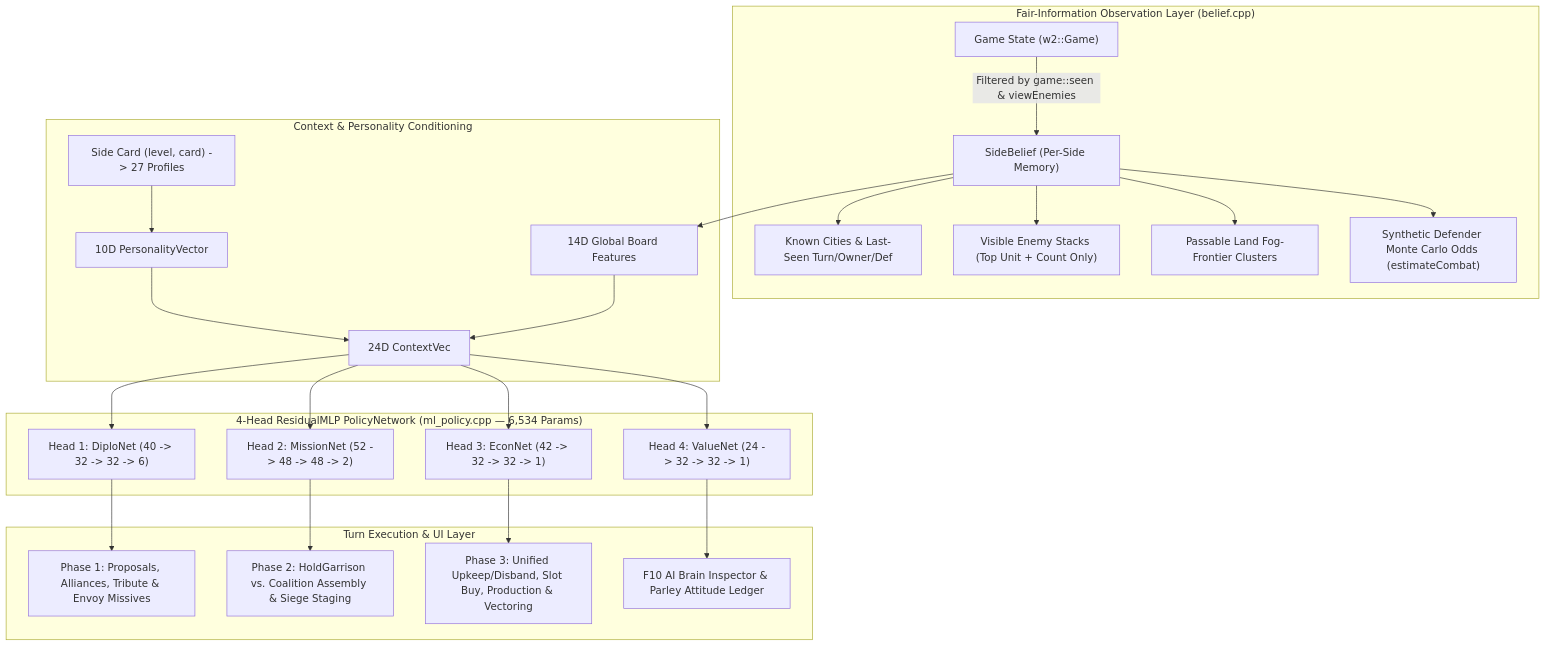
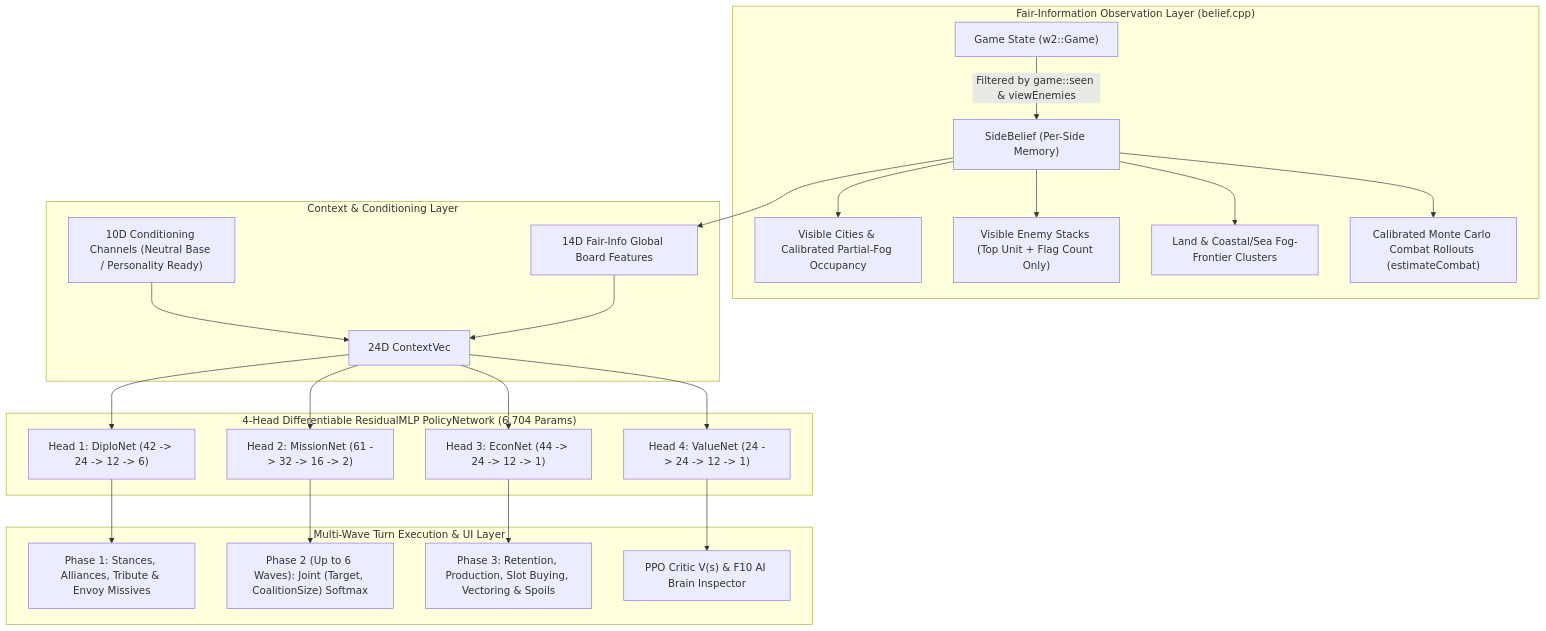
One commit to pokowaka/warlords2-remake changed the diagram in AI-DESIGN.md. Above: the diagram before and after it, drawn with Mermaid. The commit also changed other lines of this file and 21 other files, not shown here.

````diff
--- a/AI-DESIGN.md
+++ b/AI-DESIGN.md
@@ -26,31 +26,30 @@
 ```mermaid
 flowchart TD
     subgraph GameState["Fair-Information Observation Layer (belief.cpp)"]
         G["Game State (w2::Game)"] -->|Filtered by game::seen & viewEnemies| B["SideBelief (Per-Side Memory)"]
-        B --> VisCities["Known Cities & Last-Seen Turn/Owner/Def"]
-        B --> VisStacks["Visible Enemy Stacks (Top Unit + Count Only)"]
-        B --> FogFront["Passable Land Fog-Frontier Clusters"]
-        B --> MC["Synthetic Defender Monte Carlo Odds (estimateCombat)"]
+        B --> VisCities["Visible Cities & Calibrated Partial-Fog Occupancy"]
+        B --> VisStacks["Visible Enemy Stacks (Top Unit + Flag Count Only)"]
+        B --> FogFront["Land & Coastal/Sea Fog-Frontier Clusters"]
+        B --> MC["Calibrated Monte Carlo Combat Rollouts (estimateCombat)"]
     end
 
-    subgraph Context["Context & Personality Conditioning"]
-        B --> GlobalFeat["14D Global Board Features"]
-        Card["Side Card (level, card) -> 27 Profiles"] --> PersVec["10D PersonalityVector"]
-        GlobalFeat --> Ctx["24D ContextVec"]
-        PersVec --> Ctx
+    subgraph Context["Context & Conditioning Layer"]
+        B --> GlobalFeat["14D Fair-Info Global Board Features"]
+        PersSlot["10D Conditioning Channels (Neutral Base / Personality Ready)"] --> Ctx["24D ContextVec"]
+        GlobalFeat --> Ctx
     end
 
-    subgraph Policy["4-Head ResidualMLP PolicyNetwork (ml_policy.cpp — 6,534 Params)"]
-        Ctx --> H1["Head 1: DiploNet (40 -> 32 -> 32 -> 6)"]
-        Ctx --> H2["Head 2: MissionNet (52 -> 48 -> 48 -> 2)"]
-        Ctx --> H3["Head 3: EconNet (42 -> 32 -> 32 -> 1)"]
-        Ctx --> H4["Head 4: ValueNet (24 -> 32 -> 32 -> 1)"]
+    subgraph Policy["4-Head Differentiable ResidualMLP PolicyNetwork (6,704 Params)"]
+        Ctx --> H1["Head 1: DiploNet (42 -> 24 -> 12 -> 6)"]
+        Ctx --> H2["Head 2: MissionNet (61 -> 32 -> 16 -> 2)"]
+        Ctx --> H3["Head 3: EconNet (44 -> 24 -> 12 -> 1)"]
+        Ctx --> H4["Head 4: ValueNet (24 -> 24 -> 12 -> 1)"]
     end
 
-    subgraph Execution["Turn Execution & UI Layer"]
-        H1 --> Diplo["Phase 1: Proposals, Alliances, Tribute & Envoy Missives"]
-        H2 --> Mobilize["Phase 2: HoldGarrison vs. Coalition Assembly & Siege Staging"]
-        H3 --> Econ["Phase 3: Unified Upkeep/Disband, Slot Buy, Production & Vectoring"]
-        H4 --> BrainUI["F10 AI Brain Inspector & Parley Attitude Ledger"]
+    subgraph Execution["Multi-Wave Turn Execution & UI Layer"]
+        H1 --> Diplo["Phase 1: Stances, Alliances, Tribute & Envoy Missives"]
+        H2 --> Mobilize["Phase 2 (Up to 6 Waves): Joint (Target, CoalitionSize) Softmax"]
+        H3 --> Econ["Phase 3: Retention, Production, Slot Buying, Vectoring & Spoils"]
+        H4 --> BrainUI["PPO Critic V(s) & F10 AI Brain Inspector"]
     end
 ```
````
